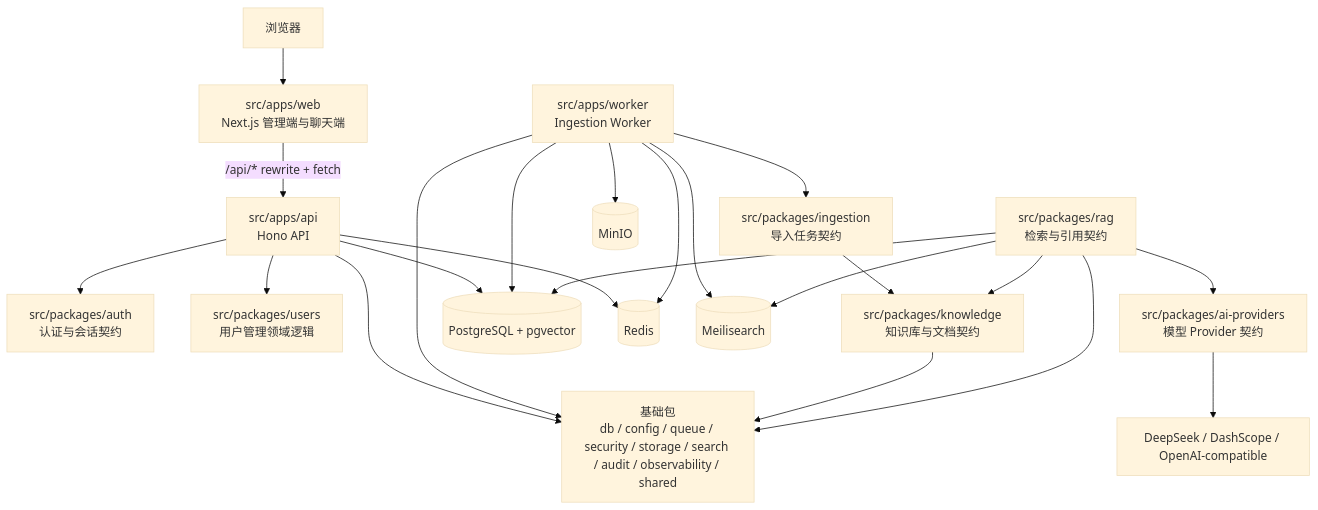
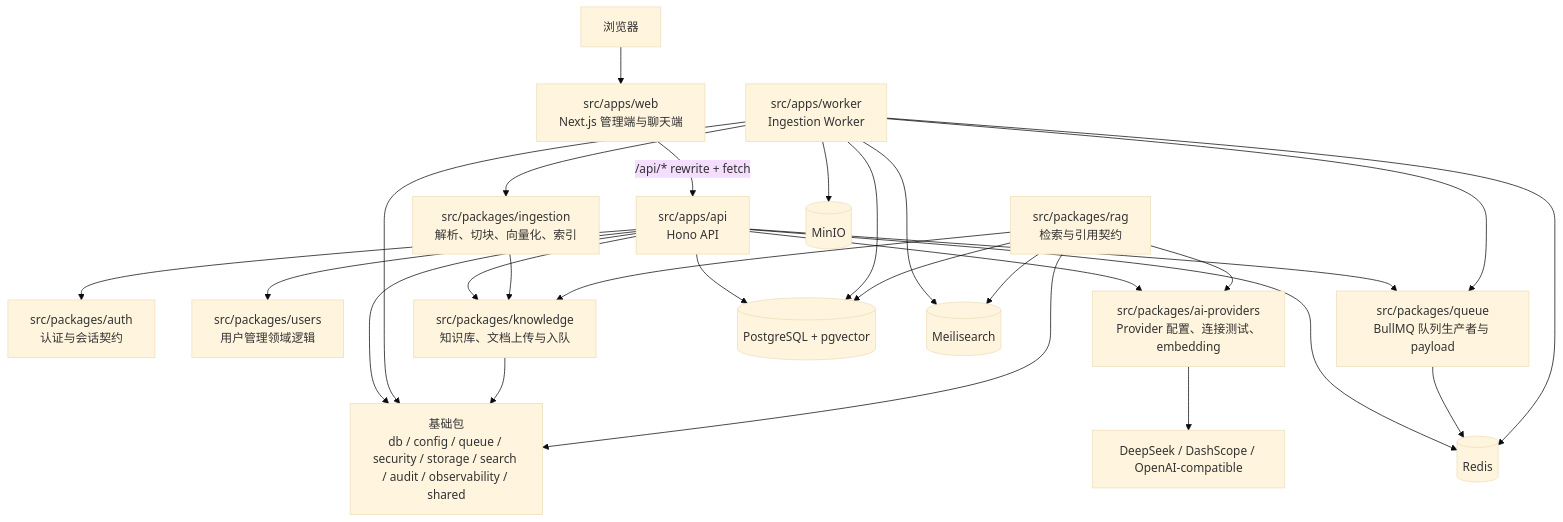
The diagram in README.md (HashFlowSY/knowledge-base-ai-assistant-design), drawn with Mermaid (base theme) before and after one commit. The commit also changed other lines of this file and 1 other file, not shown here.

````diff
--- a/README.md
+++ b/README.md
@@ -22,45 +22,51 @@
 ```mermaid
 flowchart TB
   Browser["浏览器"]
   Web["src/apps/web<br/>Next.js 管理端与聊天端"]
   API["src/apps/api<br/>Hono API"]
   Worker["src/apps/worker<br/>Ingestion Worker"]
 
   Auth["src/packages/auth<br/>认证与会话契约"]
   Users["src/packages/users<br/>用户管理领域逻辑"]
-  KB["src/packages/knowledge<br/>知识库与文档契约"]
-  Ingestion["src/packages/ingestion<br/>导入任务契约"]
+  KB["src/packages/knowledge<br/>知识库、文档上传与入队"]
+  Ingestion["src/packages/ingestion<br/>解析、切块、向量化、索引"]
   RAG["src/packages/rag<br/>检索与引用契约"]
-  AI["src/packages/ai-providers<br/>模型 Provider 契约"]
+  AI["src/packages/ai-providers<br/>Provider 配置、连接测试、embedding"]
+  Queue["src/packages/queue<br/>BullMQ 队列生产者与 payload"]
   Infra["基础包<br/>db / config / queue / security / storage / search / audit / observability / shared"]
 
   Postgres[("PostgreSQL + pgvector")]
   Redis[("Redis")]
   Meili[("Meilisearch")]
   MinIO[("MinIO")]
   Providers["DeepSeek / DashScope / OpenAI-compatible"]
 
   Browser --> Web
   Web -->|/api/* rewrite + fetch| API
   API --> Auth
   API --> Users
+  API --> KB
+  API --> AI
+  API --> Queue
   API --> Infra
   API --> Postgres
   API --> Redis
 
+  Queue --> Redis
   Worker --> Ingestion
+  Worker --> Queue
   Worker --> Infra
   Worker --> Postgres
   Worker --> Redis
   Worker --> Meili
   Worker --> MinIO
 
   KB --> Infra
   Ingestion --> KB
   RAG --> KB
   RAG --> Infra
   RAG --> Meili
   RAG --> Postgres
   RAG --> AI
   AI --> Providers
 ```
````
